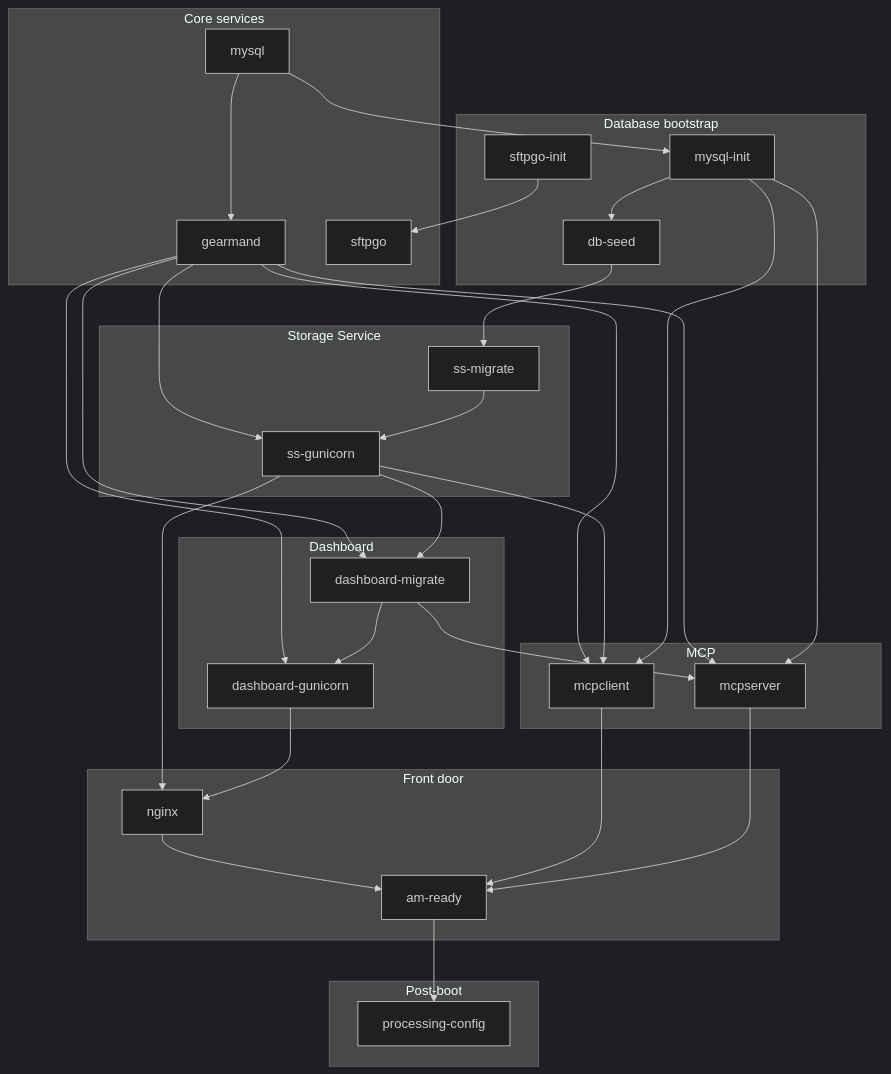
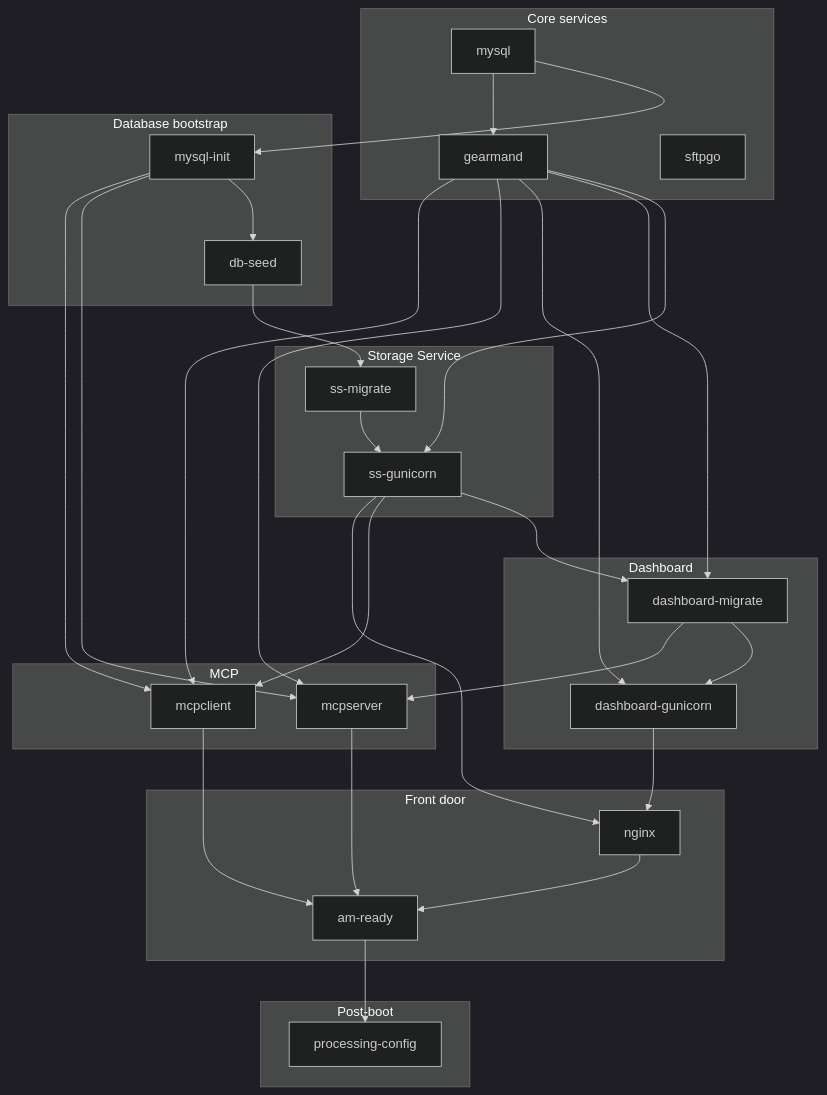
Before and after one commit to sevein/ambox: the diagram in hack/box/README.md, drawn with Mermaid (dark theme). The commit also changed other lines of this file and 8 other files, not shown here.

Commit message:
Drop sftpgo-init

````diff
--- a/hack/box/README.md
+++ b/hack/box/README.md
@@ -123,70 +123,68 @@
 ```mermaid
 flowchart TB
   subgraph Core[Core services]
     mysql[mysql]
     gearmand[gearmand]
     sftpgo[sftpgo]
   end
 
   subgraph Bootstrap[Database bootstrap]
     mysql_init[mysql-init]
     db_seed[db-seed]
-    sftpgo_init[sftpgo-init]
   end
 
   subgraph SS[Storage Service]
     ss_migrate[ss-migrate]
     ss_gunicorn[ss-gunicorn]
   end
 
   subgraph Dash[Dashboard]
     dashboard_migrate[dashboard-migrate]
     dashboard_gunicorn[dashboard-gunicorn]
   end
 
   subgraph MCP[MCP]
     mcpserver[mcpserver]
     mcpclient[mcpclient]
   end
 
   subgraph Front[Front door]
     nginx[nginx]
     am_ready[am-ready]
   end
 
   subgraph Post[Post-boot]
     processing_config[processing-config]
   end
 
   %% Core deps
   mysql --> mysql_init --> db_seed
   mysql --> gearmand
-  sftpgo_init --> sftpgo
 
   %% Storage Service
   db_seed --> ss_migrate --> ss_gunicorn
   gearmand --> ss_gunicorn
 
   %% Dashboard
   ss_gunicorn --> dashboard_migrate --> dashboard_gunicorn
   gearmand --> dashboard_migrate
   gearmand --> dashboard_gunicorn
 
   %% MCP
   mysql_init --> mcpserver
   dashboard_migrate --> mcpserver
   gearmand --> mcpserver
   mysql_init --> mcpclient
   ss_gunicorn --> mcpclient
   gearmand --> mcpclient
 
   %% Nginx + readiness marker
   dashboard_gunicorn --> nginx
   ss_gunicorn --> nginx
   mcpserver --> am_ready
   mcpclient --> am_ready
   nginx --> am_ready
 
   %% Post-boot config
   am_ready --> processing_config
 ```
````
